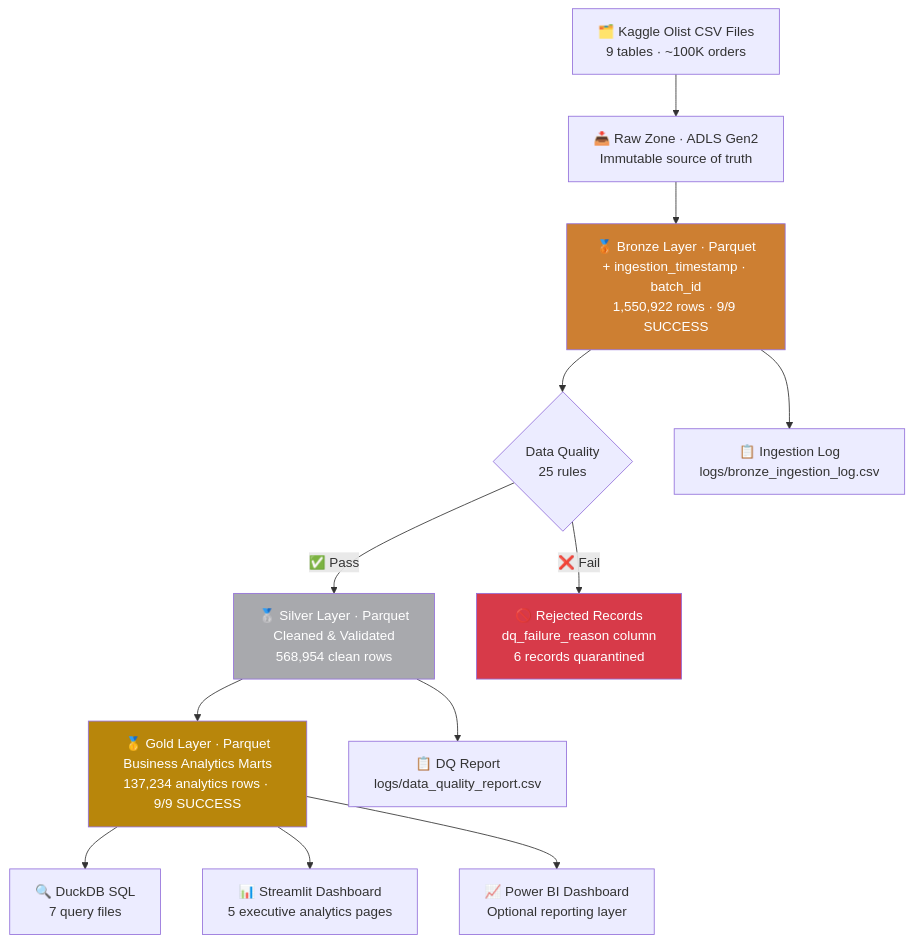
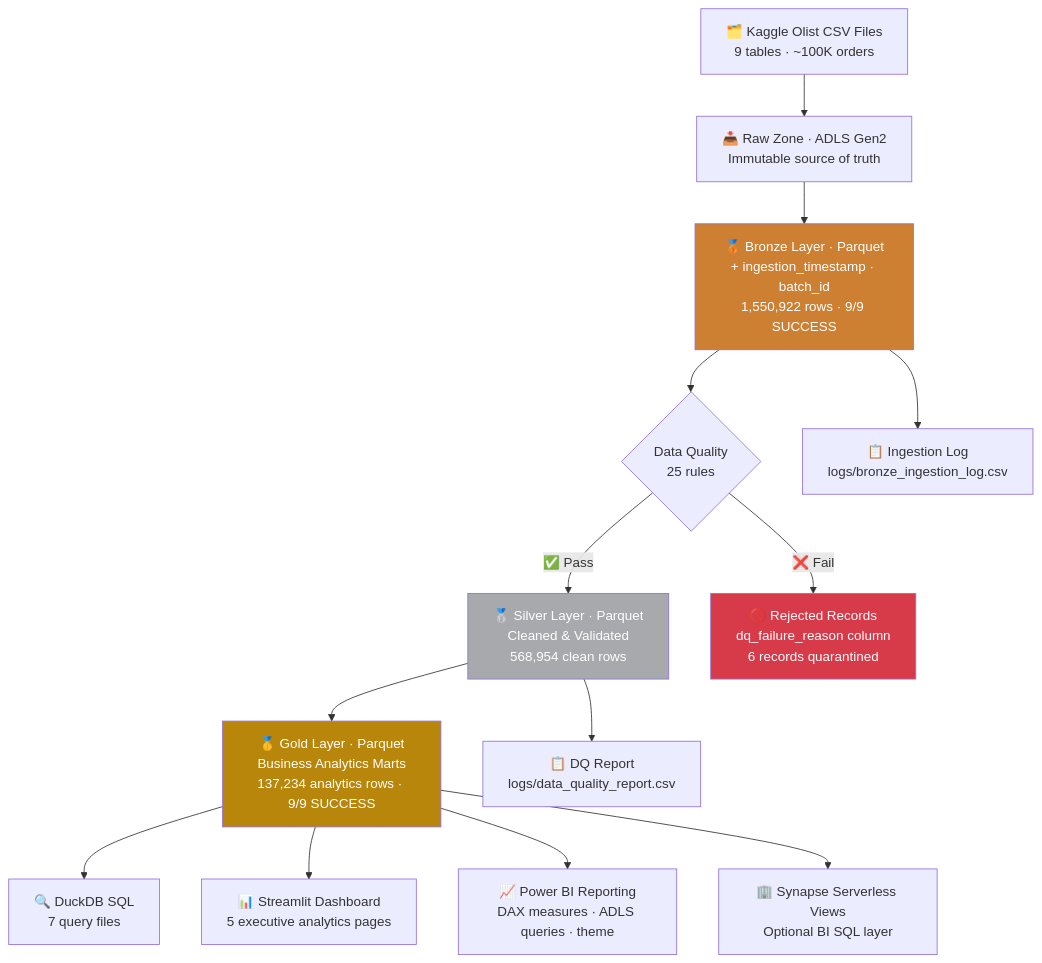
Before and after one commit to harish885/ecommerce-lakehouse: the diagram in README.md, drawn with Mermaid. The commit also changed other lines of this file and 7 other files, not shown here.

Commit message:
feat: add power bi reporting layer

````diff
--- a/README.md
+++ b/README.md
@@ -20,19 +21,20 @@
 ```mermaid
 flowchart TD
     A["🗂️ Kaggle Olist CSV Files<br/>9 tables · ~100K orders"] --> B["📥 Raw Zone · ADLS Gen2<br/>Immutable source of truth"]
     B --> C["🥉 Bronze Layer · Parquet<br/>+ ingestion_timestamp · batch_id<br/>1,550,922 rows · 9/9 SUCCESS"]
     C --> D{"Data Quality<br/>25 rules"}
     D -->|"✅ Pass"| E["🥈 Silver Layer · Parquet<br/>Cleaned & Validated<br/>568,954 clean rows"]
     D -->|"❌ Fail"| F["🚫 Rejected Records<br/>dq_failure_reason column<br/>6 records quarantined"]
     E --> G["🥇 Gold Layer · Parquet<br/>Business Analytics Marts<br/>137,234 analytics rows · 9/9 SUCCESS"]
     G --> H["🔍 DuckDB SQL<br/>7 query files"]
     G --> I["📊 Streamlit Dashboard<br/>5 executive analytics pages"]
-    G --> L["📈 Power BI Dashboard<br/>Optional reporting layer"]
+    G --> L["📈 Power BI Reporting<br/>DAX measures · ADLS queries · theme"]
+    G --> M["🏢 Synapse Serverless Views<br/>Optional BI SQL layer"]
     C --> J["📋 Ingestion Log<br/>logs/bronze_ingestion_log.csv"]
     E --> K["📋 DQ Report<br/>logs/data_quality_report.csv"]
 
     style C fill:#CD7F32,color:#fff
     style E fill:#A8A9AD,color:#fff
     style G fill:#B8860B,color:#fff
     style F fill:#d73a49,color:#fff
 ```
````
